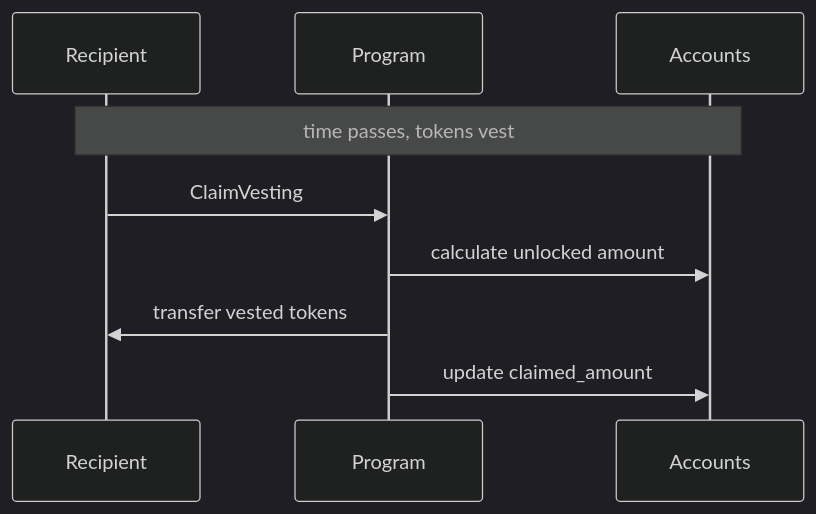
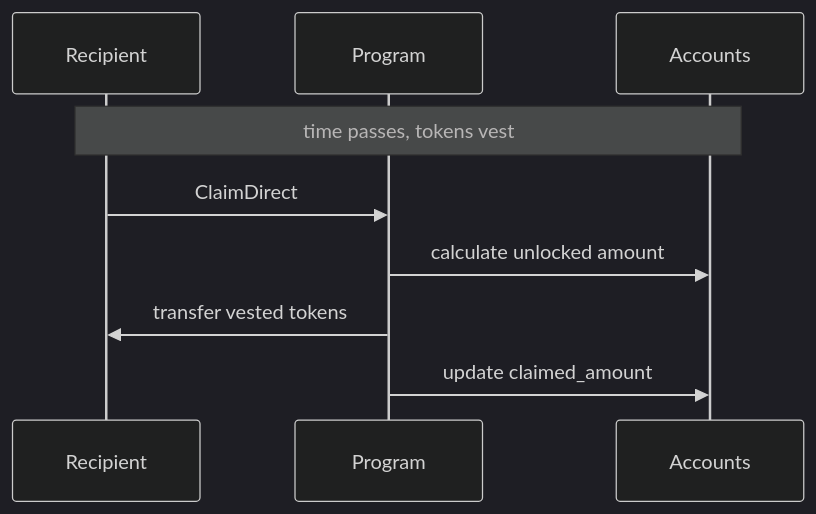
Before and after one commit to solana-program/rewards: the second of 5 diagrams in README.md, drawn with Mermaid (dark theme). The commit also changed other lines of this file and 119 other files, not shown here.

````diff
--- a/README.md
+++ b/README.md
@@ -56,13 +81,13 @@
 ```mermaid
 sequenceDiagram
     participant Recipient
     participant Program
     participant Accounts
 
     Note over Recipient,Accounts: time passes, tokens vest
 
-    Recipient->>Program: ClaimVesting
+    Recipient->>Program: ClaimDirect
     Program->>Accounts: calculate unlocked amount
     Program->>Recipient: transfer vested tokens
     Program->>Accounts: update claimed_amount
 ```
````
